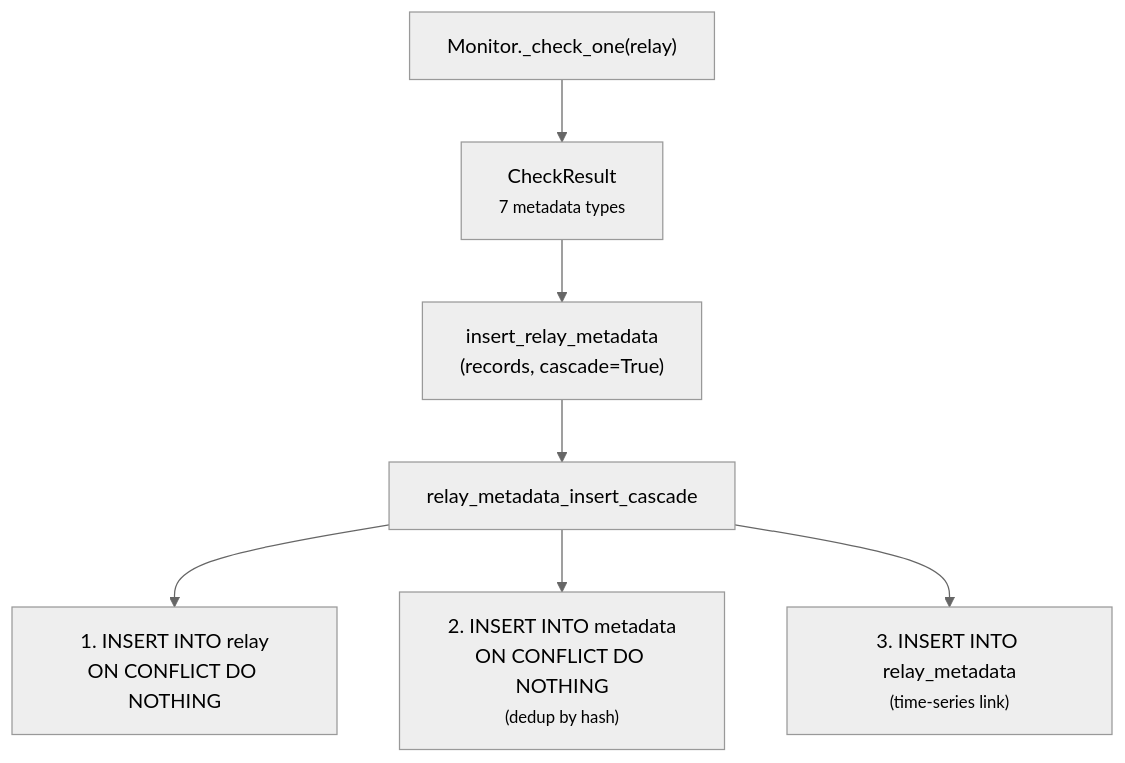
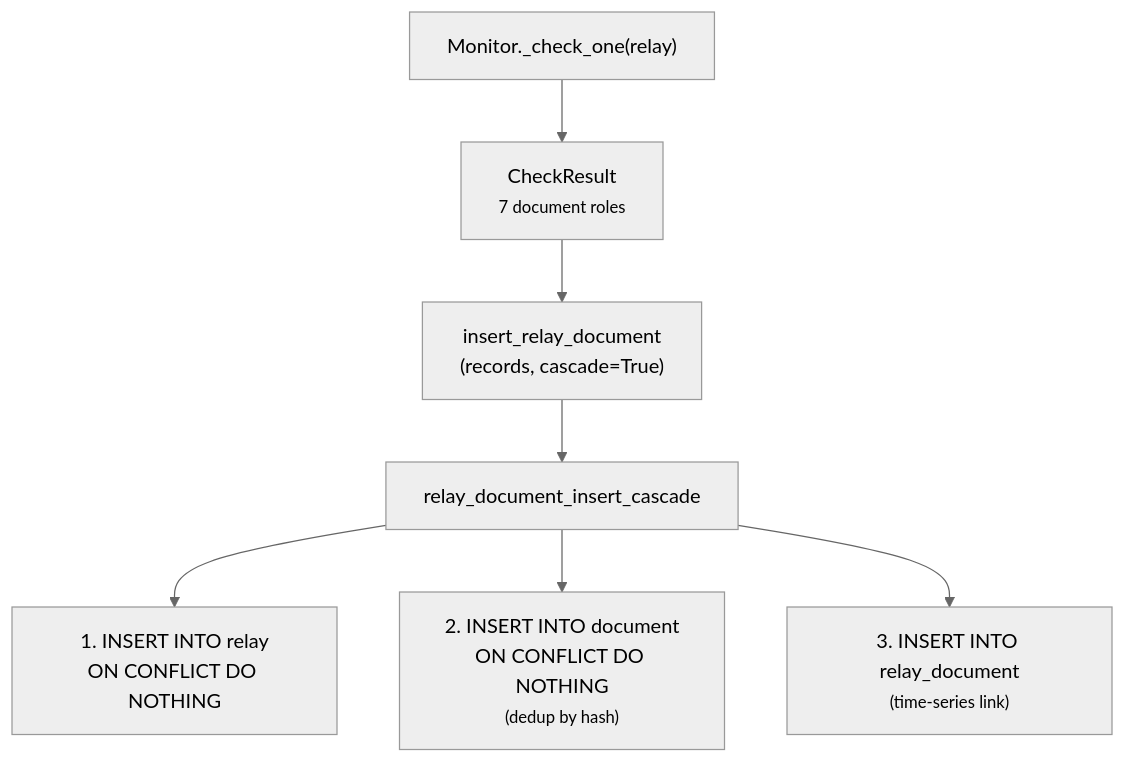
Before and after one commit to BigBrotr/bigbrotr: the fifth of 7 diagrams in docs/user-guide/architecture.md, drawn with Mermaid (neutral theme). The commit also changed other lines of this file and 18 other files, not shown here.

````diff
--- a/docs/user-guide/architecture.md
+++ b/docs/user-guide/architecture.md
@@ -533,10 +533,10 @@
 ```mermaid
 flowchart TD
-    A["Monitor._check_one(relay)"] --> B["CheckResult<br/><small>7 metadata types</small>"]
-    B --> C["insert_relay_metadata<br/>(records, cascade=True)"]
-    C --> D["relay_metadata_insert_cascade"]
+    A["Monitor._check_one(relay)"] --> B["CheckResult<br/><small>7 document roles</small>"]
+    B --> C["insert_relay_document<br/>(records, cascade=True)"]
+    C --> D["relay_document_insert_cascade"]
     D --> E["1. INSERT INTO relay<br/>ON CONFLICT DO NOTHING"]
-    D --> F["2. INSERT INTO metadata<br/>ON CONFLICT DO NOTHING<br/><small>(dedup by hash)</small>"]
-    D --> G["3. INSERT INTO relay_metadata<br/><small>(time-series link)</small>"]
+    D --> F["2. INSERT INTO document<br/>ON CONFLICT DO NOTHING<br/><small>(dedup by hash)</small>"]
+    D --> G["3. INSERT INTO relay_document<br/><small>(time-series link)</small>"]
 
 ```
````
